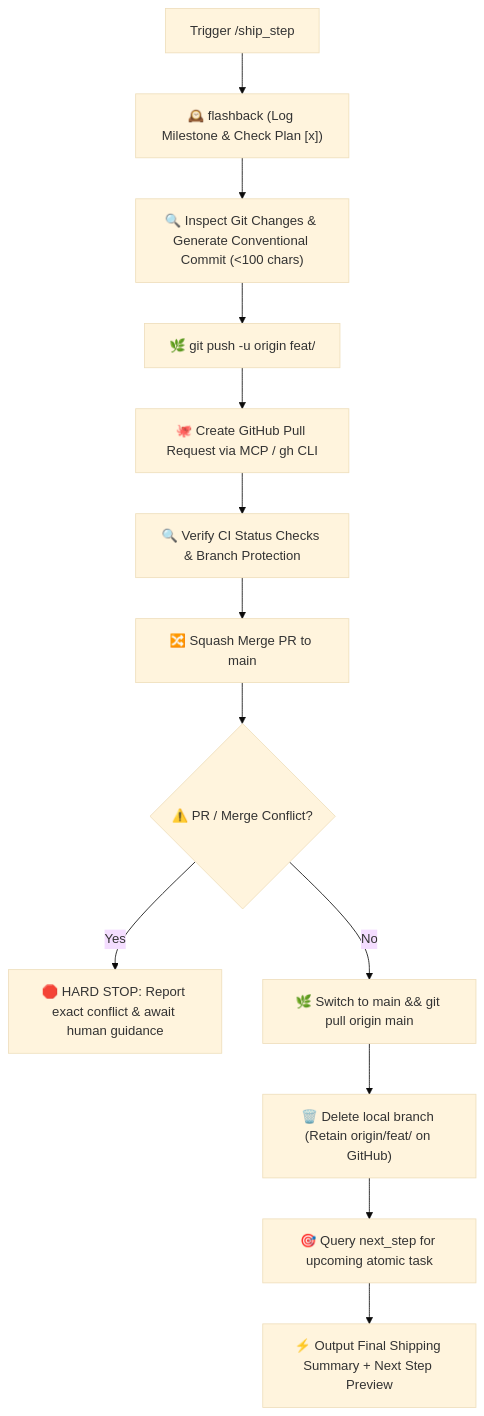
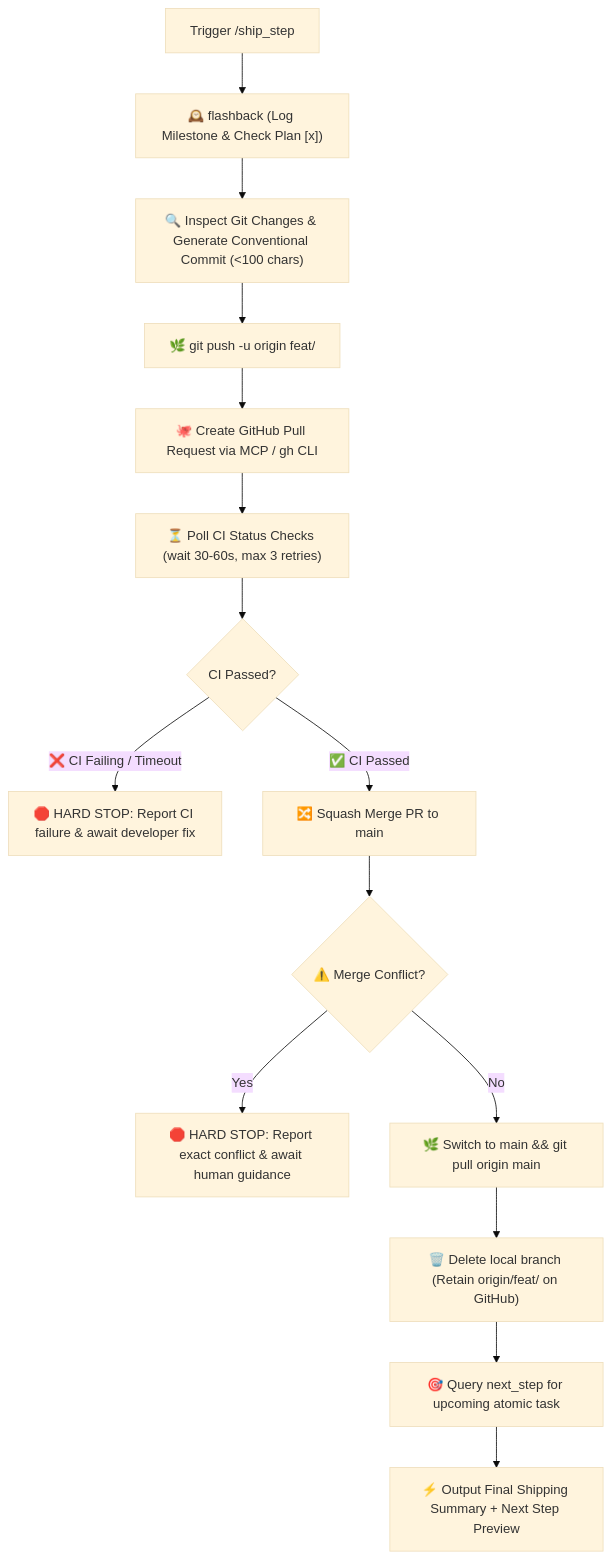
The diagram in .agents/skills/ship_step/SKILL.md (agrawalshivam279/safe-yatra), drawn with Mermaid (base theme) before and after one commit. The commit also changed other lines of this file and 22 other files, not shown here.

````diff
--- a/.agents/skills/ship_step/SKILL.md
+++ b/.agents/skills/ship_step/SKILL.md
@@ -18,16 +19,18 @@
 ```mermaid
 flowchart TD
     A["Trigger /ship_step"] --> B["🕰️ flashback (Log Milestone & Check Plan [x])"]
     B --> C["🔍 Inspect Git Changes & Generate Conventional Commit (<100 chars)"]
     C --> D["🌿 git push -u origin feat/<slug>"]
     D --> E["🐙 Create GitHub Pull Request via MCP / gh CLI"]
-    E --> F["🔍 Verify CI Status Checks & Branch Protection"]
-    F --> G["🔀 Squash Merge PR to main"]
-    G --> H{"⚠️ PR / Merge Conflict?"}
-    
-    H -- "Yes" --> I["🛑 HARD STOP: Report exact conflict & await human guidance"]
-    H -- "No" --> J["🌿 Switch to main && git pull origin main"]
-    J --> K["🗑️ Delete local branch (Retain origin/feat/<slug> on GitHub)"]
-    K --> L["🎯 Query next_step for upcoming atomic task"]
-    L --> M["⚡ Output Final Shipping Summary + Next Step Preview"]
+    E --> F["⏳ Poll CI Status Checks (wait 30-60s, max 3 retries)"]
+    F --> G{"CI Passed?"}
+    G -- "❌ CI Failing / Timeout" --> H["🛑 HARD STOP: Report CI failure & await developer fix"]
+    G -- "✅ CI Passed" --> I["🔀 Squash Merge PR to main"]
+    I --> J{"⚠️ Merge Conflict?"}
+
+    J -- "Yes" --> K["🛑 HARD STOP: Report exact conflict & await human guidance"]
+    J -- "No" --> L["🌿 Switch to main && git pull origin main"]
+    L --> M["🗑️ Delete local branch (Retain origin/feat/<slug> on GitHub)"]
+    M --> N["🎯 Query next_step for upcoming atomic task"]
+    N --> O["⚡ Output Final Shipping Summary + Next Step Preview"]
 ```
````
